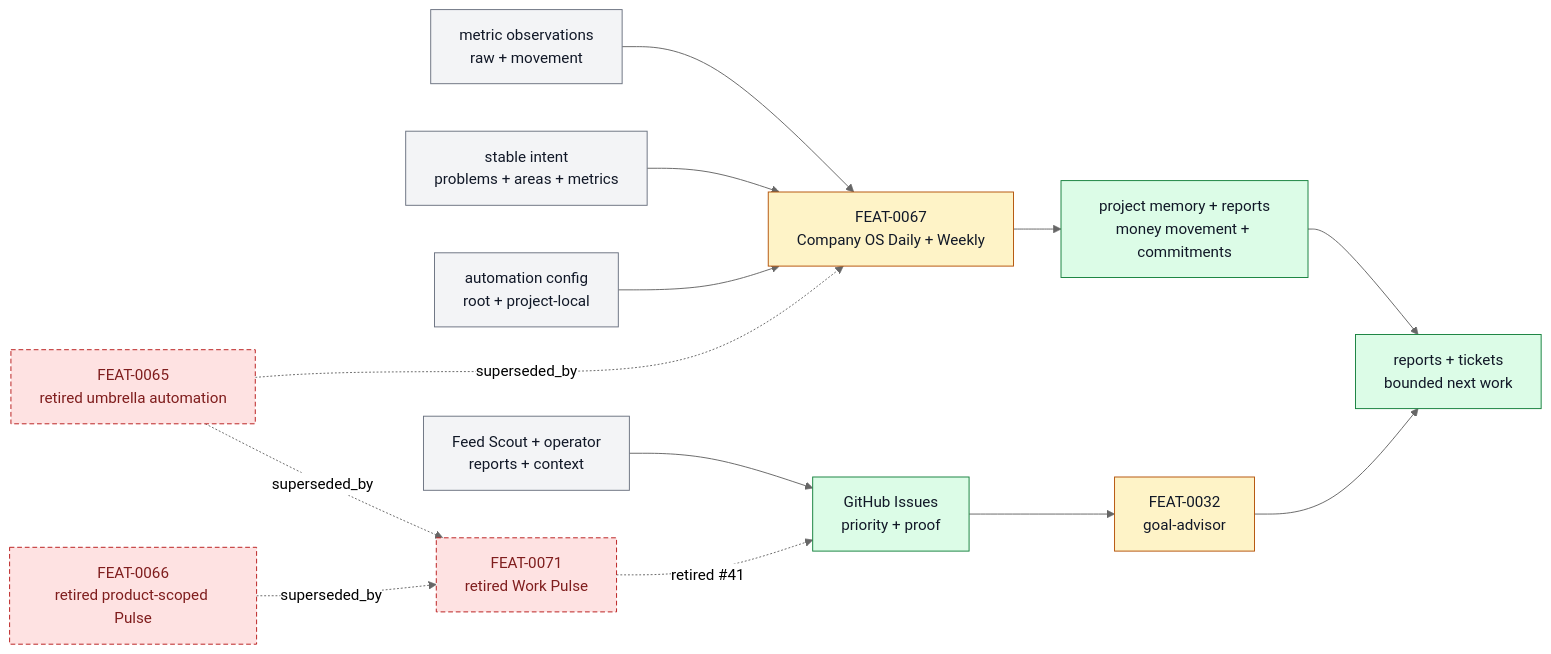
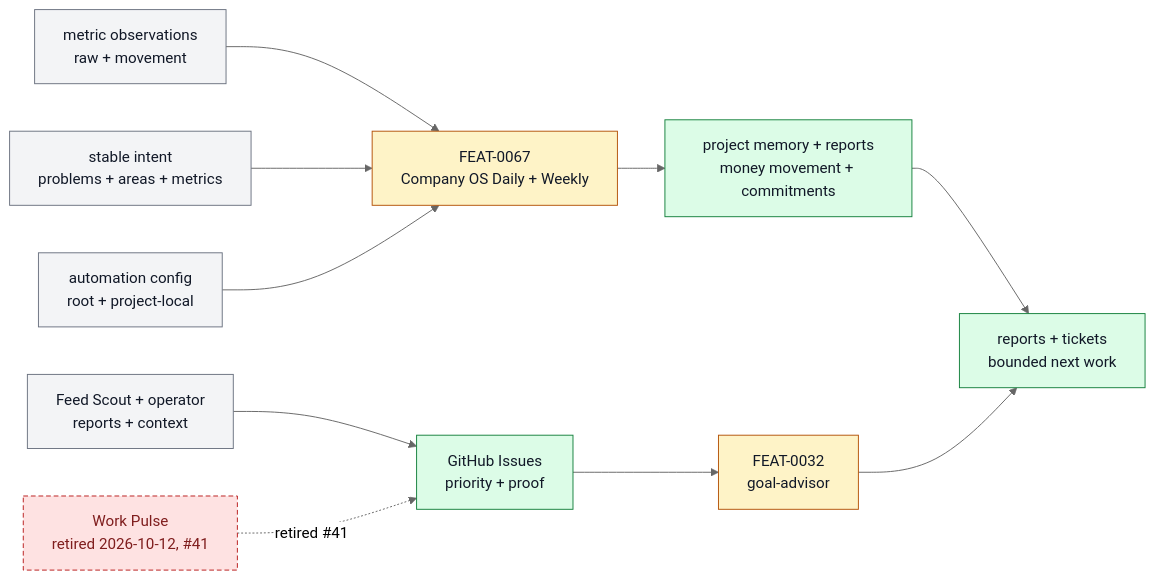
Before and after one commit to ZanarkandTechnologies/Farplane: the diagram in docs/systems/horizon-loop.md, drawn with Mermaid (neutral theme). The commit also changed other lines of this file and 63 other files, not shown here.

````diff
--- a/docs/systems/horizon-loop.md
+++ b/docs/systems/horizon-loop.md
@@ -108,30 +96,25 @@
 ```mermaid
 flowchart LR
   classDef keep fill:#f3f4f6,stroke:#6b7280,color:#111827
   classDef changed fill:#fef3c7,stroke:#b45309,color:#111827
   classDef added fill:#dcfce7,stroke:#15803d,color:#111827
   classDef retired fill:#fee2e2,stroke:#b91c1c,color:#7f1d1d,stroke-dasharray: 5 3
 
   metrics["metric observations<br/>raw + movement"]:::keep
   intent["stable intent<br/>problems + areas + metrics"]:::keep
   automations["automation config<br/>root + project-local"]:::keep
   advisor["FEAT-0032<br/>goal-advisor"]:::changed
-  pulse["FEAT-0071<br/>retired Work Pulse"]:::retired
+  pulse["Work Pulse<br/>retired 2026-10-12, #41"]:::retired
   companyos["FEAT-0067<br/>Company OS Daily + Weekly"]:::changed
   memory["project memory + reports<br/>money movement + commitments"]:::added
   sources["Feed Scout + operator<br/>reports + context"]:::keep
-  old["FEAT-0065<br/>retired umbrella automation"]:::retired
-  productPulse["FEAT-0066<br/>retired product-scoped Pulse"]:::retired
   board["GitHub Issues<br/>priority + proof"]:::added
   outputs["reports + tickets<br/>bounded next work"]:::added
 
   metrics --> companyos --> memory --> outputs
   intent --> companyos
   automations --> companyos
   sources --> board
   board --> advisor --> outputs
-  old -. "superseded_by" .-> pulse
-  old -. "superseded_by" .-> companyos
-  productPulse -. "superseded_by" .-> pulse
   pulse -. "retired #41" .-> board
 ```
````
